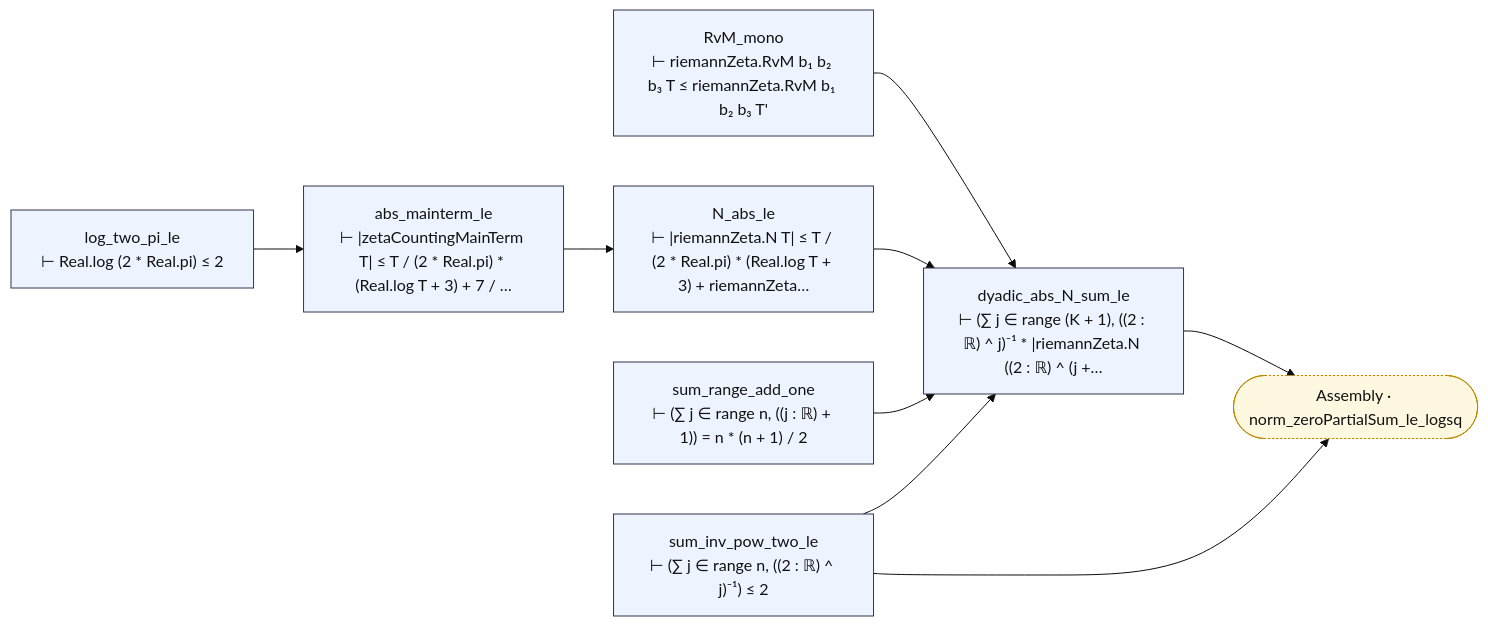
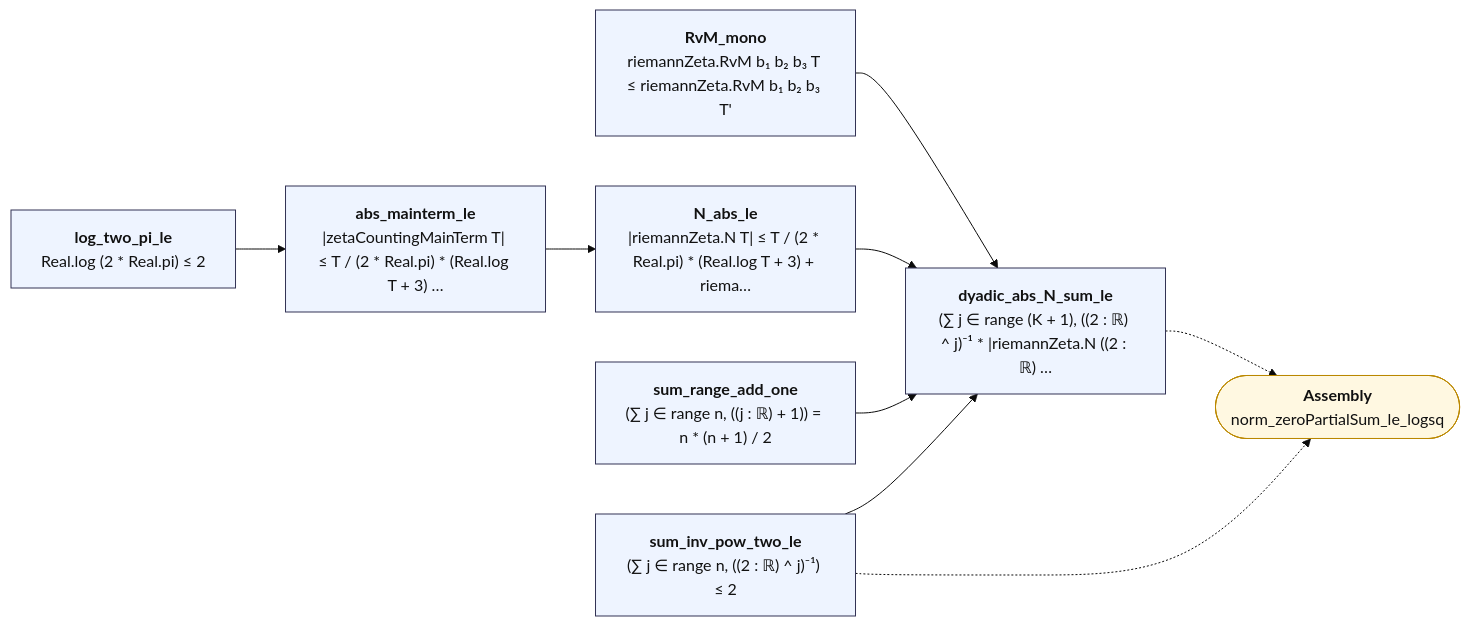
Before and after one commit to juliansambranojr/Primebeat_081426: the diagram in map/lean_stage3/ZeroSum.md, drawn with Mermaid (base theme). The commit also changed other lines of this file and 387 other files, not shown here.

````diff
--- a/map/lean_stage3/ZeroSum.md
+++ b/map/lean_stage3/ZeroSum.md
@@ -8,25 +12,24 @@
 ```mermaid
 flowchart LR
-  n0["log_two_pi_le<br/>⊢ Real.log (2 * Real.pi) ≤ 2"]:::thm
-  n1["RvM_mono<br/>⊢ riemannZeta.RvM b₁ b₂ b₃ T ≤ riemannZeta.RvM b₁ b₂ b₃ T'"]:::thm
-  n2["abs_mainterm_le<br/>⊢ |zetaCountingMainTerm T| ≤ T / (2 * Real.pi) * (Real.log T + 3) + 7 / …"]:::thm
-  n3["N_abs_le<br/>⊢ |riemannZeta.N T| ≤ T / (2 * Real.pi) * (Real.log T + 3) + riemannZeta…"]:::thm
-  n4["sum_range_add_one<br/>⊢ (∑ j ∈ range n, ((j : ℝ) + 1)) = n * (n + 1) / 2"]:::thm
-  n5["sum_inv_pow_two_le<br/>⊢ (∑ j ∈ range n, ((2 : ℝ) ^ j)⁻¹) ≤ 2"]:::thm
-  n6["dyadic_abs_N_sum_le<br/>⊢ (∑ j ∈ range (K + 1), ((2 : ℝ) ^ j)⁻¹ * |riemannZeta.N ((2 : ℝ) ^ (j +…"]:::thm
-  x0(["Assembly · norm_zeroPartialSum_le_logsq"]):::ext
+  n0["<b>log_two_pi_le</b><br/>Real.log (2 * Real.pi) ≤ 2"]:::thm
+  n1["<b>RvM_mono</b><br/>riemannZeta.RvM b₁ b₂ b₃ T ≤ riemannZeta.RvM b₁ b₂ b₃ T'"]:::thm
+  n2["<b>abs_mainterm_le</b><br/>|zetaCountingMainTerm T| ≤ T / (2 * Real.pi) * (Real.log T + 3) …"]:::thm
+  n3["<b>N_abs_le</b><br/>|riemannZeta.N T| ≤ T / (2 * Real.pi) * (Real.log T + 3) + riema…"]:::thm
+  n4["<b>sum_range_add_one</b><br/>(∑ j ∈ range n, ((j : ℝ) + 1)) = n * (n + 1) / 2"]:::thm
+  n5["<b>sum_inv_pow_two_le</b><br/>(∑ j ∈ range n, ((2 : ℝ) ^ j)⁻¹) ≤ 2"]:::thm
+  n6["<b>dyadic_abs_N_sum_le</b><br/>(∑ j ∈ range (K + 1), ((2 : ℝ) ^ j)⁻¹ * |riemannZeta.N ((2 : ℝ) …"]:::thm
+  x0(["<b>Assembly</b><br/>norm_zeroPartialSum_le_logsq"]):::ext
   n0 --> n2
   n1 --> n6
   n2 --> n3
   n3 --> n6
   n4 --> n6
   n5 --> n6
-  n5 --> x0
-  n6 --> x0
+  n5 -.-> x0
+  n6 -.-> x0
   classDef thm fill:#eef4ff,stroke:#335,color:#111
-  classDef dfn fill:#f2f2f2,stroke:#777,color:#111
   classDef end_ fill:#e7f7e7,stroke:#2a7,color:#111,stroke-width:2px
   classDef lone fill:#fff,stroke:#999,color:#111,stroke-dasharray:4 3
   classDef bad fill:#ffe5e5,stroke:#c22,color:#111,stroke-width:2px
-  classDef ext fill:#fff8e1,stroke:#b80,color:#111,stroke-dasharray:2 2
+  classDef ext fill:#fff8e1,stroke:#b80,color:#111
 ```
````
